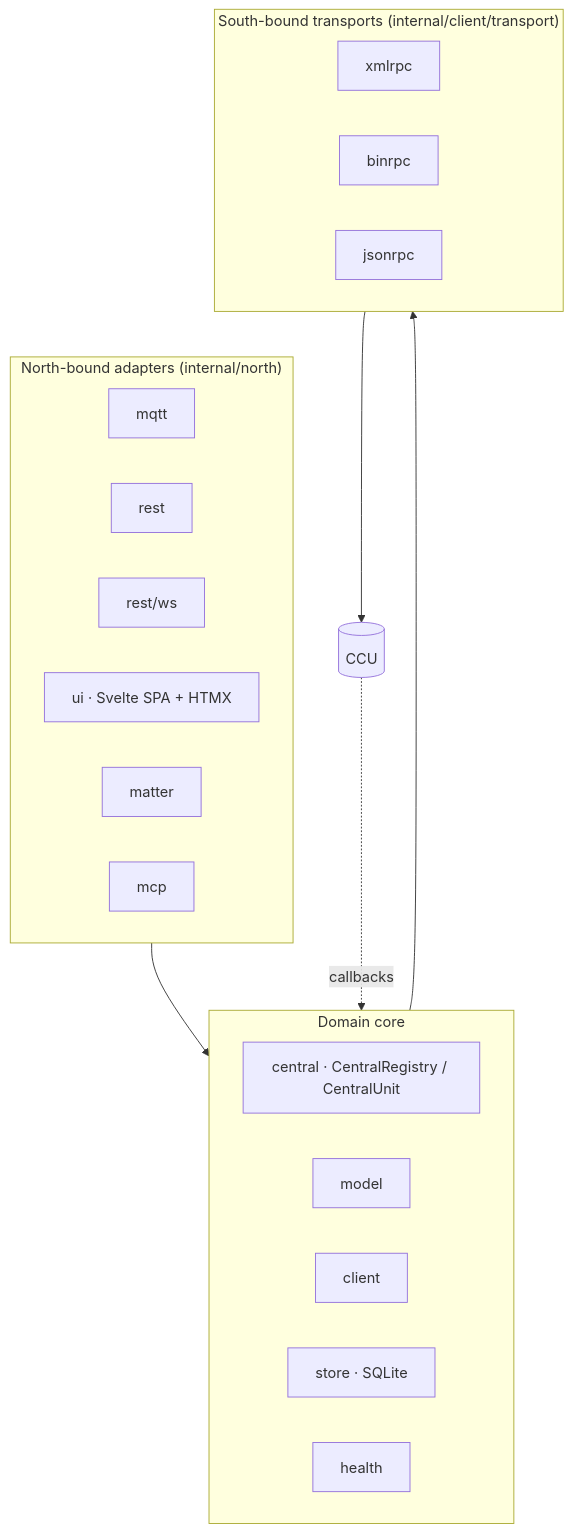
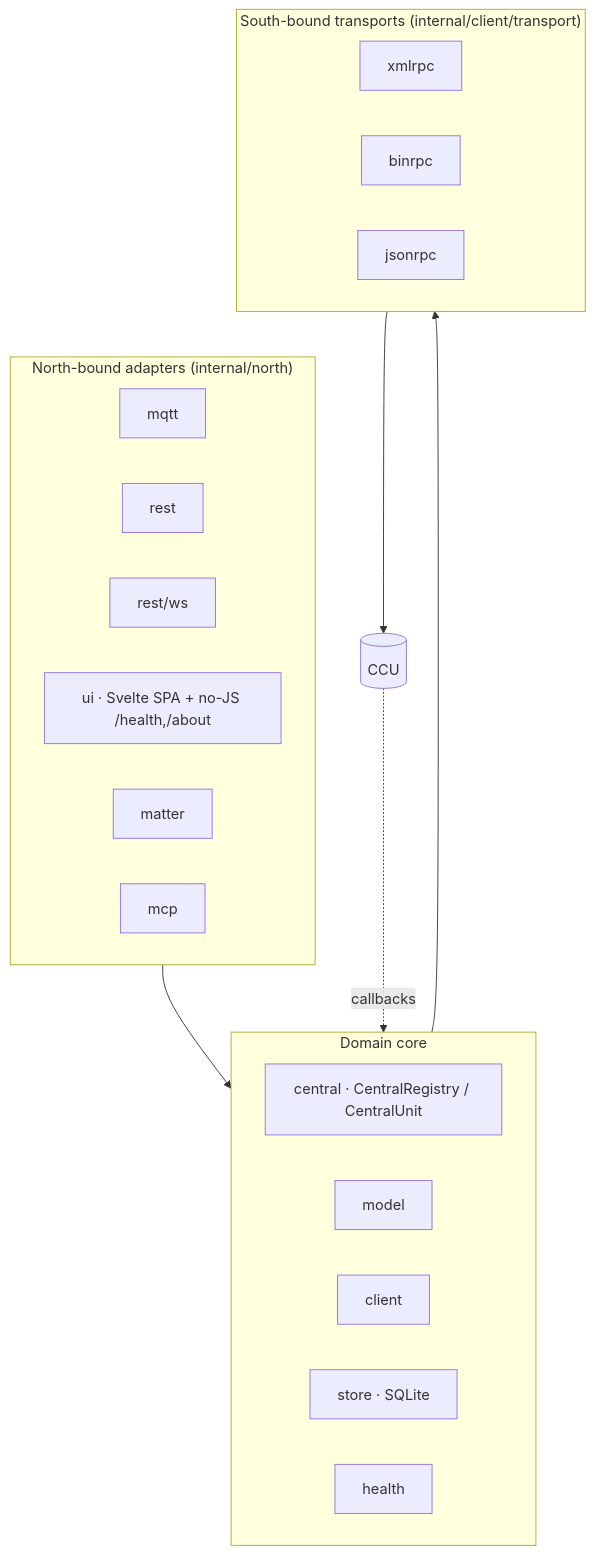
The diagram in docs/developer/architecture.md (SukramJ/openccu-loom), drawn with Mermaid before and after one commit. The commit also changed other lines of this file and 52 other files, not shown here.

````diff
--- a/docs/developer/architecture.md
+++ b/docs/developer/architecture.md
@@ -12,29 +12,29 @@
 ```mermaid
 flowchart TB
     subgraph North["North-bound adapters (internal/north)"]
         mqtt[mqtt]
         rest[rest]
         ws[rest/ws]
-        ui[ui · Svelte SPA + HTMX]
+        ui[ui · Svelte SPA + no-JS /health,/about]
         matter[matter]
         mcp[mcp]
     end
     subgraph Core["Domain core"]
         central[central · CentralRegistry / CentralUnit]
         model[model]
         client[client]
         store[store · SQLite]
         health[health]
     end
     subgraph South["South-bound transports (internal/client/transport)"]
         xmlrpc[xmlrpc]
         binrpc[binrpc]
         jsonrpc[jsonrpc]
     end
     ccu[(CCU)]
 
     North --> Core
     Core --> South
     South --> ccu
     ccu -. callbacks .-> Core
 ```
````
